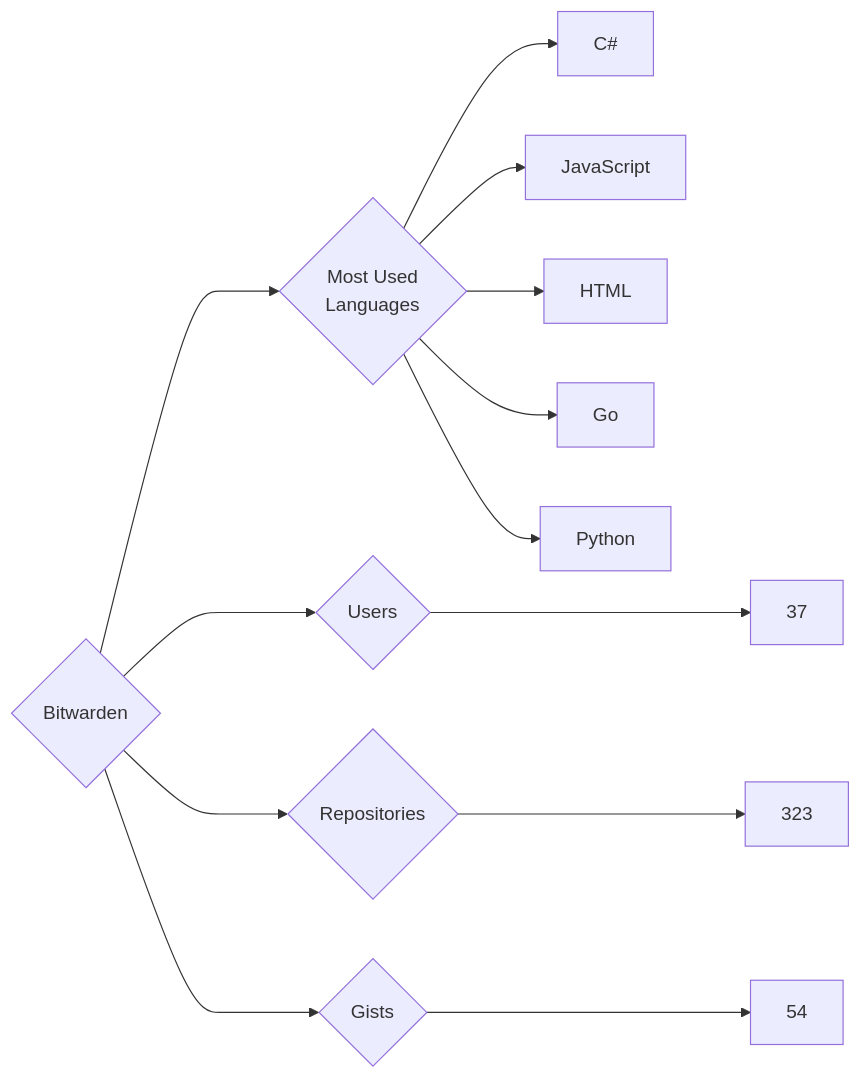
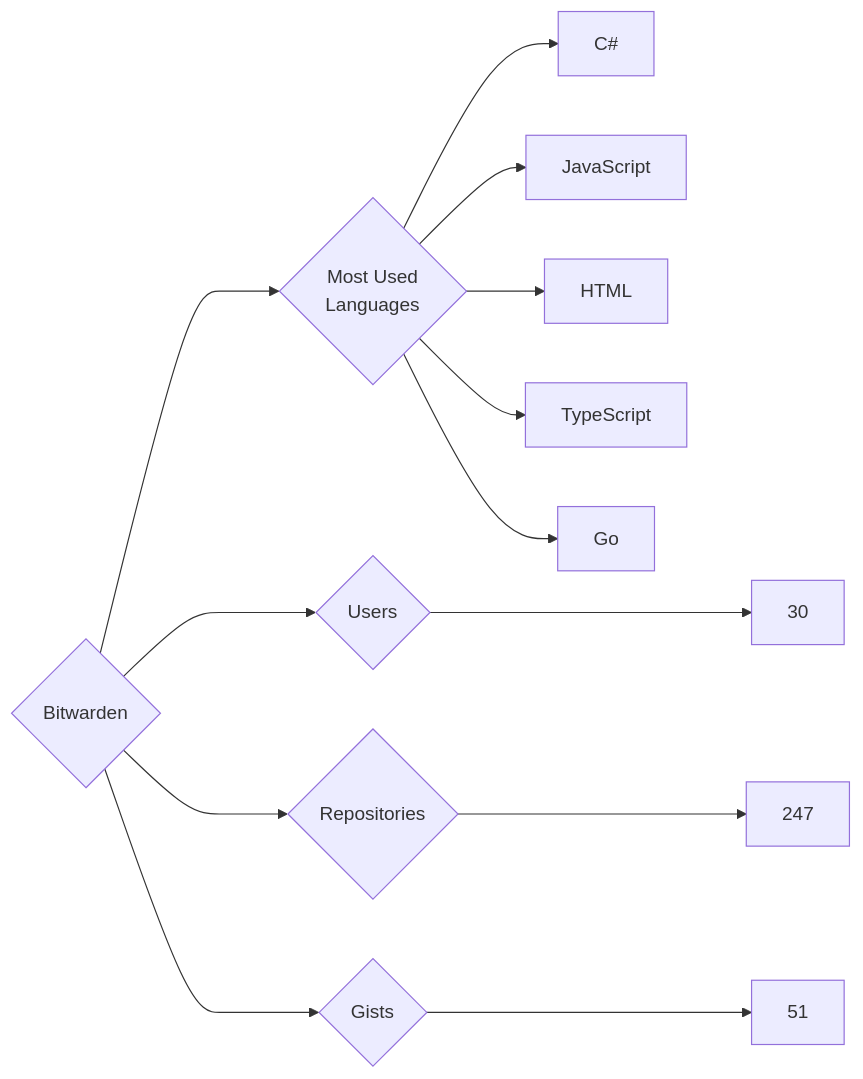
Before and after one commit to trickest/insiders: the diagram in targets/Bitwarden/README.md, drawn with Mermaid. The commit also changed 1195 other files, not shown here.

````diff
--- a/targets/Bitwarden/README.md
+++ b/targets/Bitwarden/README.md
@@ -3,13 +3,13 @@
 ```mermaid
 graph LR
 COMPANY_NAME{Bitwarden}
-COMPANY_NAME ---> U{Users} ---> UN[37]
-COMPANY_NAME ---> R{Repositories} ---> RN[323]
-COMPANY_NAME ---> G{Gists} ---> GN[54]
+COMPANY_NAME ---> U{Users} ---> UN[30]
+COMPANY_NAME ---> R{Repositories} ---> RN[247]
+COMPANY_NAME ---> G{Gists} ---> GN[51]
 COMPANY_NAME ---> ML{Most Used<br>Languages}
 ML --> C#[C#]
 ML --> JavaScript[JavaScript]
 ML --> HTML[HTML]
+ML --> TypeScript[TypeScript]
 ML --> Go[Go]
-ML --> Python[Python]
 ```
````
